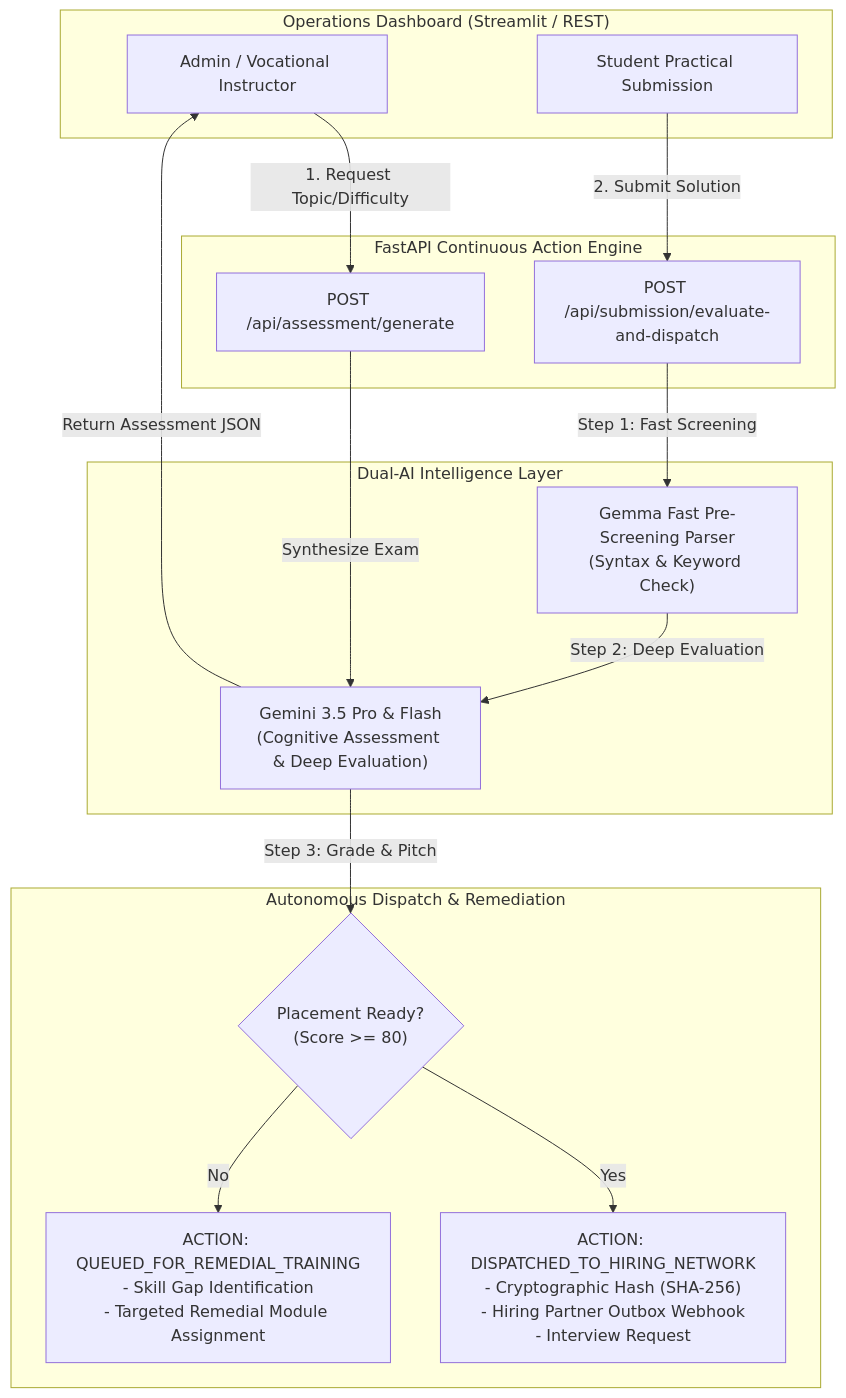
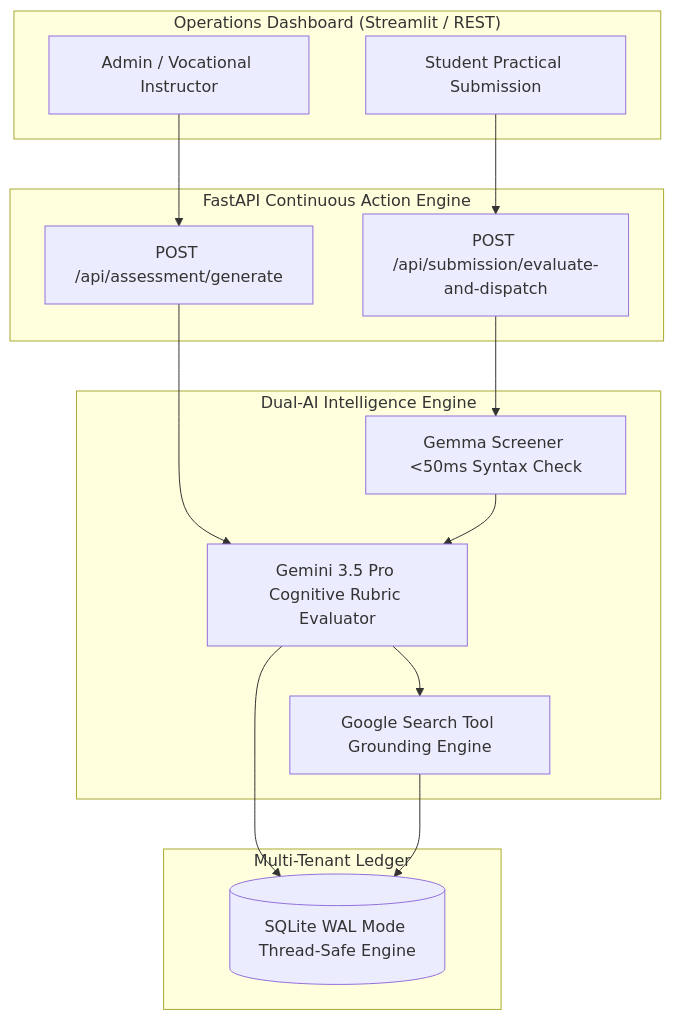
The diagram in README.md (Abhimanyu-Vaishnav/kaushalsetu-autonomous-taskmaster), drawn with Mermaid before and after one commit. The commit also changed other lines of this file and 16 other files, not shown here.

````diff
--- a/README.md
+++ b/README.md
@@ -31,34 +31,31 @@
 ```mermaid
 flowchart TD
     subgraph UI ["Operations Dashboard (Streamlit / REST)"]
         A[Admin / Vocational Instructor]
         B[Student Practical Submission]
     end
 
     subgraph Backend ["FastAPI Continuous Action Engine"]
         C[POST /api/assessment/generate]
         D[POST /api/submission/evaluate-and-dispatch]
     end
 
-    subgraph GenAI ["Dual-AI Intelligence Layer"]
-        E["Gemma Fast Pre-Screening Parser\n(Syntax & Keyword Check)"]
-        F["Gemini 3.5 Pro & Flash\n(Cognitive Assessment & Deep Evaluation)"]
+    subgraph AI ["Dual-AI Intelligence Engine"]
+        E[Gemma Screener <50ms Syntax Check]
+        F[Gemini 3.5 Pro Cognitive Rubric Evaluator]
+        G[Google Search Tool Grounding Engine]
     end
 
-    subgraph ActionEngine ["Autonomous Dispatch & Remediation"]
-        G{"Placement Ready?\n(Score >= 80)"}
-        H["ACTION: DISPATCHED_TO_HIRING_NETWORK\n- Cryptographic Hash (SHA-256)\n- Hiring Partner Outbox Webhook\n- Interview Request"]
-        I["ACTION: QUEUED_FOR_REMEDIAL_TRAINING\n- Skill Gap Identification\n- Targeted Remedial Module Assignment"]
+    subgraph DB ["Multi-Tenant Ledger"]
+        H[(SQLite WAL Mode Thread-Safe Engine)]
     end
 
-    A -->|1. Request Topic/Difficulty| C
-    C -->|Synthesize Exam| F
-    F -->|Return Assessment JSON| A
-
-    B -->|2. Submit Solution| D
-    D -->|Step 1: Fast Screening| E
-    E -->|Step 2: Deep Evaluation| F
-    F -->|Step 3: Grade & Pitch| G
-    G -->|Yes| H
-    G -->|No| I
+    A --> C
+    B --> D
+    C --> F
+    D --> E
+    E --> F
+    F --> G
+    F --> H
+    G --> H
 ```
````
